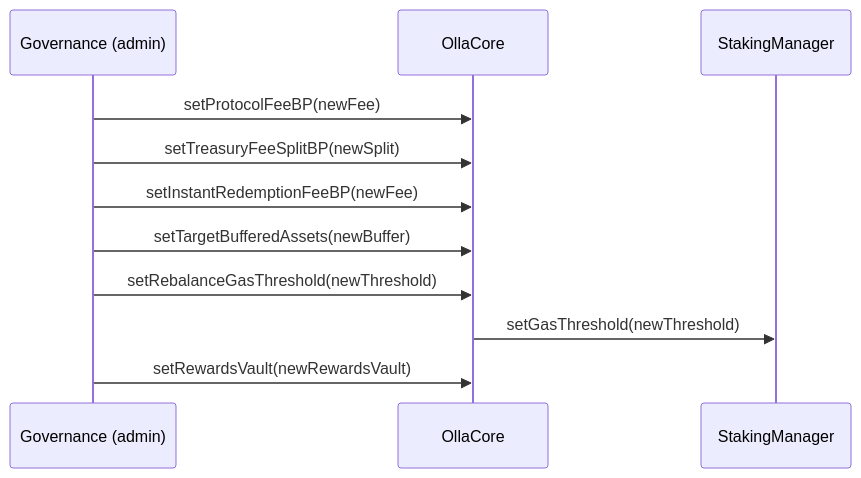
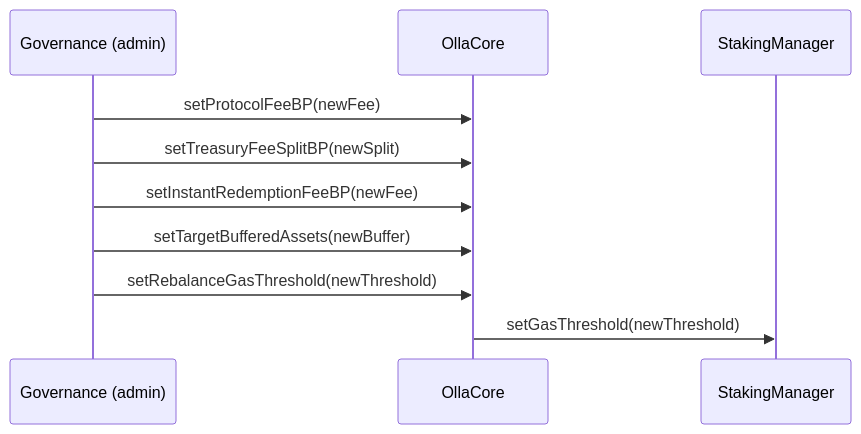
The first of 4 diagrams in docs/governance-actions.md (ollafinance/core), drawn with Mermaid before and after one commit. The commit also changed 7 other files, not shown here.

First line of the commit message:
fix: remove setRewardsVault setter, rely solely UUPS upgrade instead (#286)

````diff
--- a/docs/governance-actions.md
+++ b/docs/governance-actions.md
@@ -7,14 +7,13 @@
 ```mermaid
 sequenceDiagram
     participant GOV as Governance (admin)
     participant C as OllaCore
     participant SM as StakingManager
 
     GOV->>C: setProtocolFeeBP(newFee)
     GOV->>C: setTreasuryFeeSplitBP(newSplit)
     GOV->>C: setInstantRedemptionFeeBP(newFee)
     GOV->>C: setTargetBufferedAssets(newBuffer)
     GOV->>C: setRebalanceGasThreshold(newThreshold)
     C->>SM: setGasThreshold(newThreshold)
-    GOV->>C: setRewardsVault(newRewardsVault)
 ```
````
